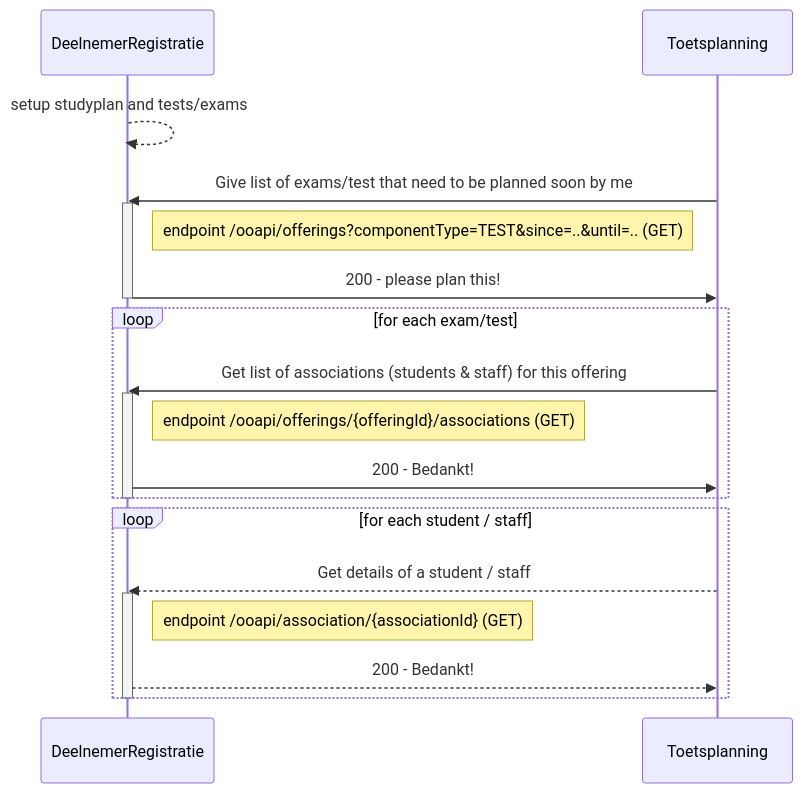
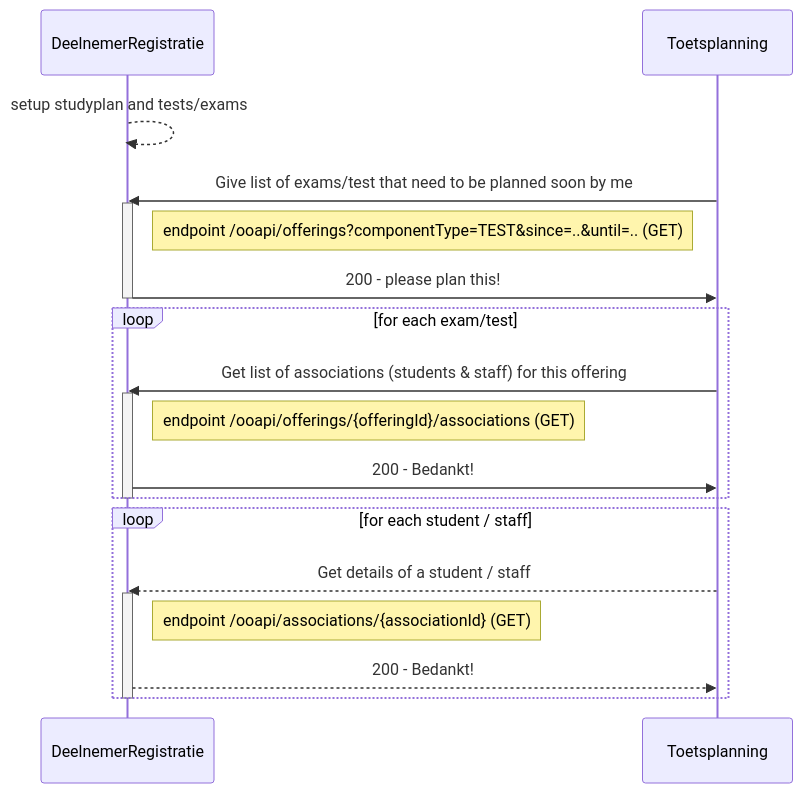
One commit to NetwerkExamineringDigitalisering/NED-OOAPI changed the first of 14 diagrams in doc/flow1.md. Above: the diagram before and after it, drawn with Mermaid. The commit also changed other lines of this file, not shown here.

Commit message:
update endpoint names (plural)

````diff
--- a/doc/flow1.md
+++ b/doc/flow1.md
@@ -73,28 +73,28 @@
 ```mermaid
 sequenceDiagram
     participant DeelnemerRegistratie
     participant Toetsplanning
     DeelnemerRegistratie-->>DeelnemerRegistratie: setup studyplan and tests/exams
     Toetsplanning->>DeelnemerRegistratie : Give list of exams/test that need to be planned soon by me
     activate DeelnemerRegistratie
     Note right of DeelnemerRegistratie: endpoint /ooapi/offerings?componentType=TEST&since=..&until=.. (GET)
     DeelnemerRegistratie->>Toetsplanning : 200 - please plan this!
     deactivate DeelnemerRegistratie
 
     loop for each exam/test
         Toetsplanning->>DeelnemerRegistratie: Get list of associations (students & staff) for this offering
         activate DeelnemerRegistratie
         Note right of DeelnemerRegistratie: endpoint /ooapi/offerings/{offeringId}/associations (GET)
         DeelnemerRegistratie->>Toetsplanning: 200 - Bedankt!
     end
     deactivate DeelnemerRegistratie
 
     loop for each student / staff
         Toetsplanning-->>DeelnemerRegistratie: Get details of a student / staff
         activate DeelnemerRegistratie
-        Note right of DeelnemerRegistratie: endpoint /ooapi/association/{associationId} (GET)
+        Note right of DeelnemerRegistratie: endpoint /ooapi/associations/{associationId} (GET)
         DeelnemerRegistratie-->>Toetsplanning: 200 - Bedankt!
     end
     deactivate DeelnemerRegistratie
 
 ```
````
